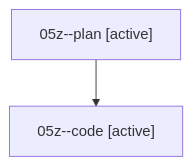
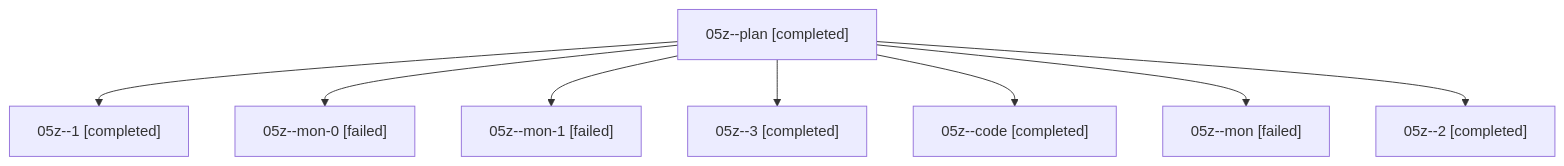
The diagram in families/bbugyi200.athena.05z.md (sase-org/sase--agents), drawn with Mermaid before and after one commit. The commit also changed other lines of this file and 128 other files, not shown here.

````diff
--- a/families/bbugyi200.athena.05z.md
+++ b/families/bbugyi200.athena.05z.md
@@ -9,6 +9,18 @@
 ```mermaid
 flowchart TD
-  n0["05z--plan [active]"]
-  n1["05z--code [active]"]
+  n0["05z--plan [completed]"]
+  n1["05z--1 [completed]"]
   n0 --> n1
+  n2["05z--mon-0 [failed]"]
+  n0 --> n2
+  n3["05z--mon-1 [failed]"]
+  n0 --> n3
+  n4["05z--3 [completed]"]
+  n0 --> n4
+  n5["05z--code [completed]"]
+  n0 --> n5
+  n6["05z--mon [failed]"]
+  n0 --> n6
+  n7["05z--2 [completed]"]
+  n0 --> n7
 ```
````
